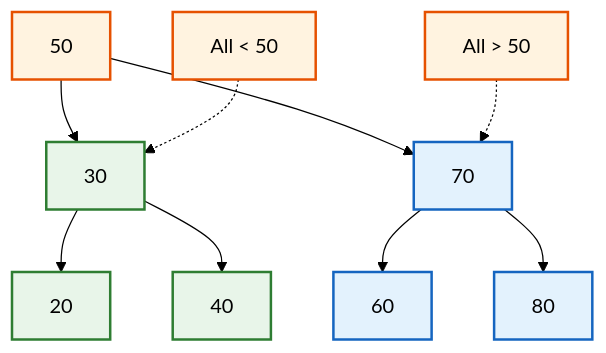
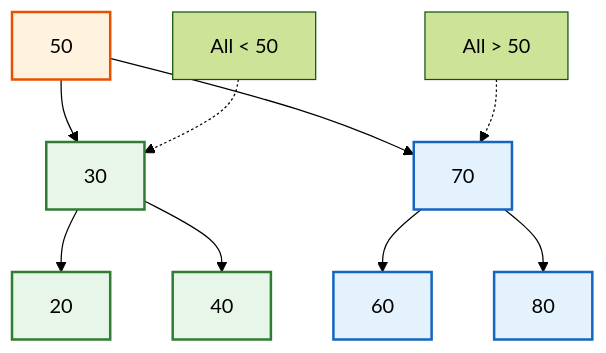
Before and after one commit to imyash0722/SEM3-DSA-UE25CS52A-STUDY-MATERIAL: the fourth of 6 diagrams in site/docs/unit3/theory/unit3_02_binary_trees_bst.md, drawn with Mermaid (forest theme). The commit also changed other lines of this file and 113 other files, not shown here.

Commit message:
Fix Mermaid diagram syntax, dark mode readability, algorithmic visualizations, and update site build

````diff
--- a/site/docs/unit3/theory/unit3_02_binary_trees_bst.md
+++ b/site/docs/unit3/theory/unit3_02_binary_trees_bst.md
@@ -157,20 +165,20 @@
 ```mermaid
 graph TD
     A[50] --> B[30]
     A --> C[70]
     B --> D[20]
     B --> E[40]
     C --> F[60]
     C --> G[80]
     
     classDef lessThan fill:#e8f5e9,stroke:#2e7d32,stroke-width:2px
     classDef greaterThan fill:#e3f2fd,stroke:#1565c0,stroke-width:2px
-    classDef node fill:#fff3e0,stroke:#e65100,stroke-width:2px
+    classDef rootNode fill:#fff3e0,stroke:#e65100,stroke-width:2px
     
     class B,D,E lessThan
     class C,F,G greaterThan
-    class A node
+    class A rootNode
     
     Less[All < 50] -.-> B
     Greater[All > 50] -.-> C
 ```
````
